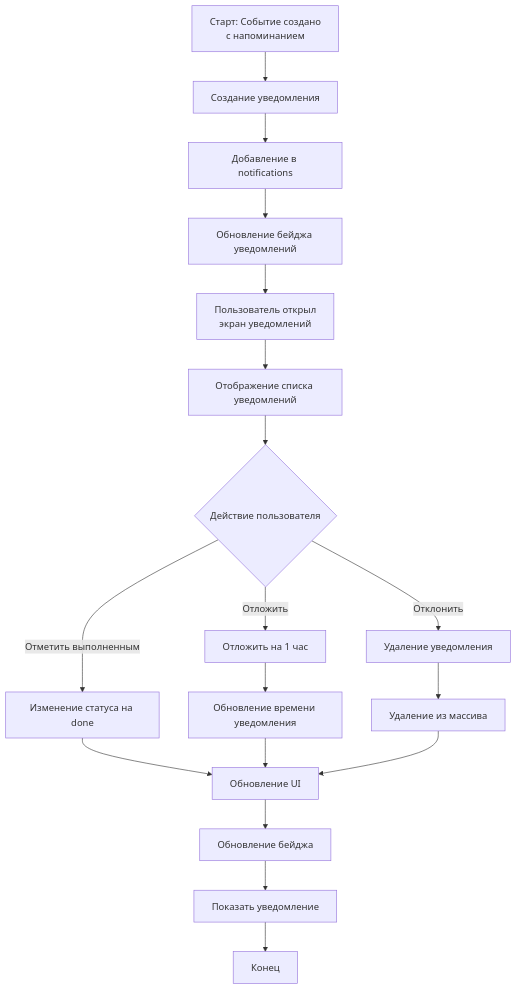
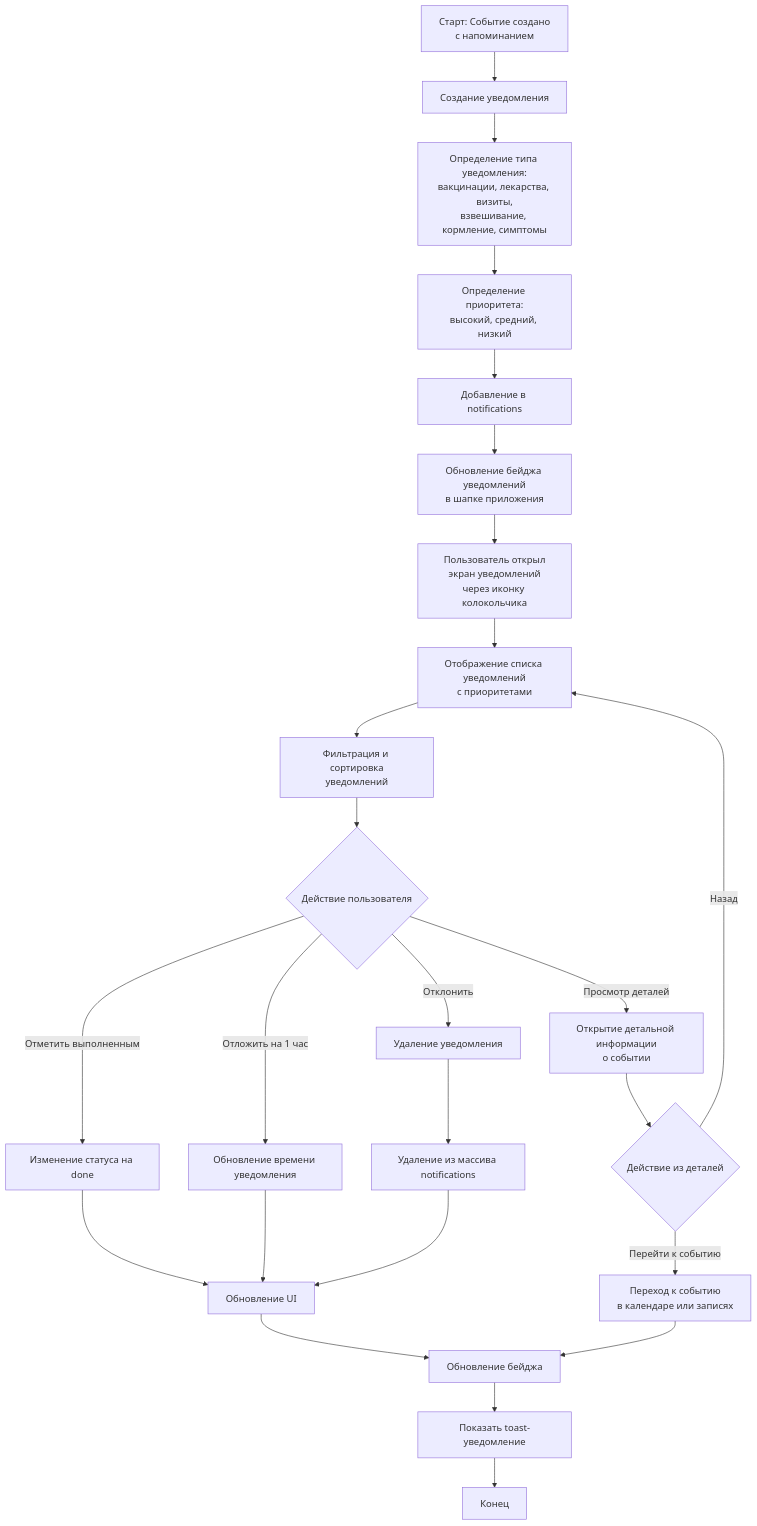
Before and after one commit to v-kuper/petHealth: diagram 13 of 21 in FLOWCHARTS.md, drawn with Mermaid. The commit also changed other lines of this file and 1 other file, not shown here.

````diff
--- a/FLOWCHARTS.md
+++ b/FLOWCHARTS.md
@@ -401,20 +438,27 @@
 ```mermaid
 flowchart TD
     A[Старт: Событие создано<br/>с напоминанием] --> B[Создание уведомления]
-    B --> C[Добавление в notifications]
-    C --> D[Обновление бейджа уведомлений]
-    D --> E[Пользователь открыл<br/>экран уведомлений]
-    E --> F[Отображение списка уведомлений]
-    F --> G{Действие пользователя}
-    G -->|Отметить выполненным| H[Изменение статуса на done]
-    G -->|Отложить| I[Отложить на 1 час]
-    G -->|Отклонить| J[Удаление уведомления]
-    H --> K[Обновление UI]
-    I --> L[Обновление времени уведомления]
-    L --> K
-    J --> M[Удаление из массива]
-    M --> K
-    K --> N[Обновление бейджа]
-    N --> O[Показать уведомление]
-    O --> P[Конец]
+    B --> C[Определение типа уведомления:<br/>вакцинации, лекарства, визиты,<br/>взвешивание, кормление, симптомы]
+    C --> D[Определение приоритета:<br/>высокий, средний, низкий]
+    D --> E[Добавление в notifications]
+    E --> F[Обновление бейджа уведомлений<br/>в шапке приложения]
+    F --> G[Пользователь открыл<br/>экран уведомлений<br/>через иконку колокольчика]
+    G --> H[Отображение списка уведомлений<br/>с приоритетами]
+    H --> I[Фильтрация и сортировка<br/>уведомлений]
+    I --> J{Действие пользователя}
+    J -->|Отметить выполненным| K[Изменение статуса на done]
+    J -->|Отложить на 1 час| L[Обновление времени уведомления]
+    J -->|Отклонить| M[Удаление уведомления]
+    J -->|Просмотр деталей| N[Открытие детальной информации<br/>о событии]
+    K --> O[Обновление UI]
+    L --> O
+    M --> P[Удаление из массива notifications]
+    P --> O
+    N --> Q{Действие из деталей}
+    Q -->|Перейти к событию| R[Переход к событию<br/>в календаре или записях]
+    Q -->|Назад| H
+    O --> S[Обновление бейджа]
+    R --> S
+    S --> T[Показать toast-уведомление]
+    T --> U[Конец]
 ```
````
